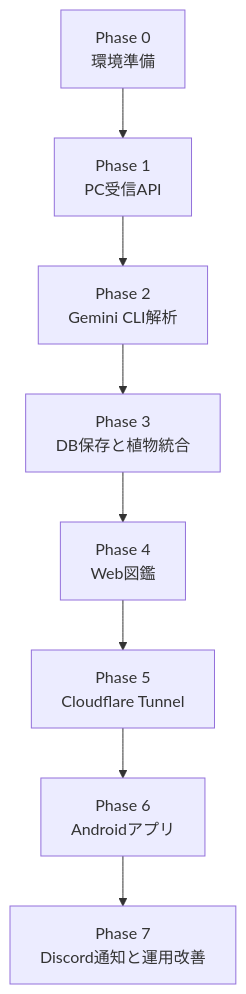
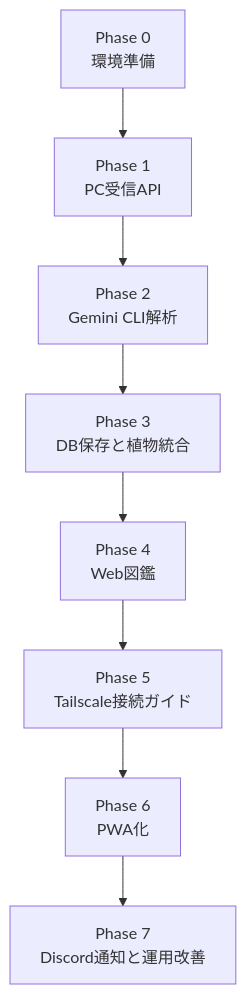
Before and after one commit to harunamitrader/AI-Plantgraphy: the diagram in docs/IMPLEMENTATION_PLAN.md, drawn with Mermaid. The commit also changed other lines of this file and 4 other files, not shown here.

````diff
--- a/docs/IMPLEMENTATION_PLAN.md
+++ b/docs/IMPLEMENTATION_PLAN.md
@@ -11,10 +11,10 @@
 ```mermaid
 flowchart TD
   A["Phase 0<br/>環境準備"] --> B["Phase 1<br/>PC受信API"]
   B --> C["Phase 2<br/>Gemini CLI解析"]
   C --> D["Phase 3<br/>DB保存と植物統合"]
   D --> E["Phase 4<br/>Web図鑑"]
-  E --> F["Phase 5<br/>Cloudflare Tunnel"]
-  F --> G["Phase 6<br/>Androidアプリ"]
+  E --> F["Phase 5<br/>Tailscale接続ガイド"]
+  F --> G["Phase 6<br/>PWA化"]
   G --> H["Phase 7<br/>Discord通知と運用改善"]
 ```
````
